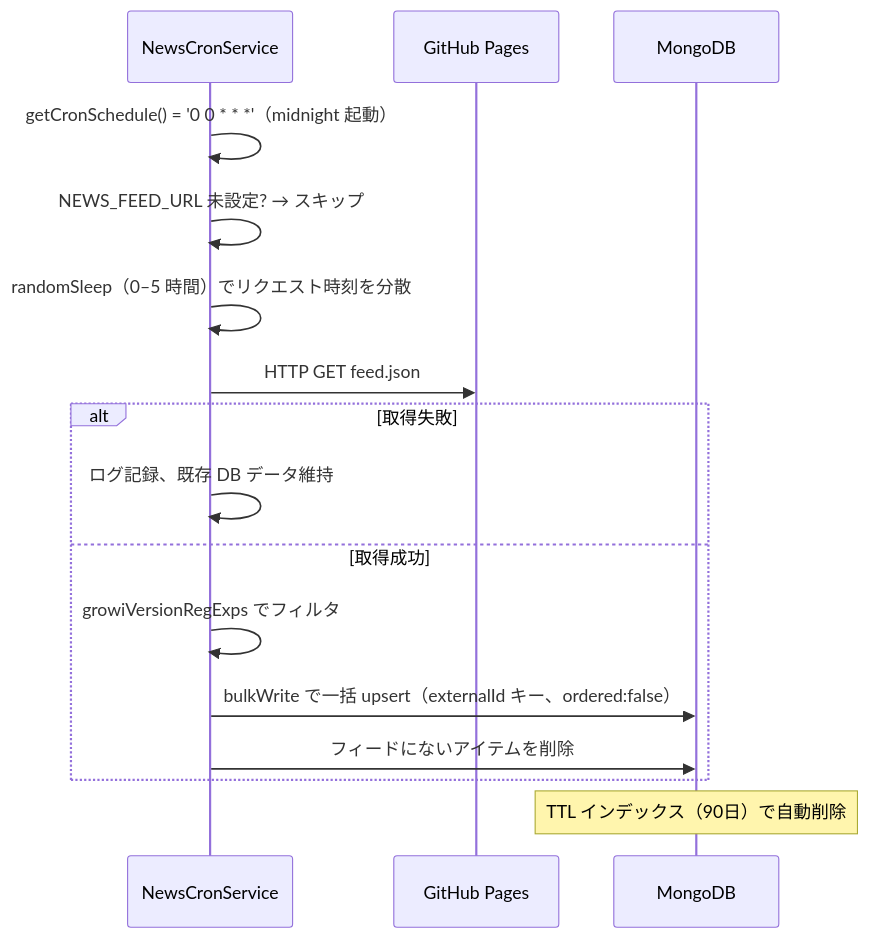
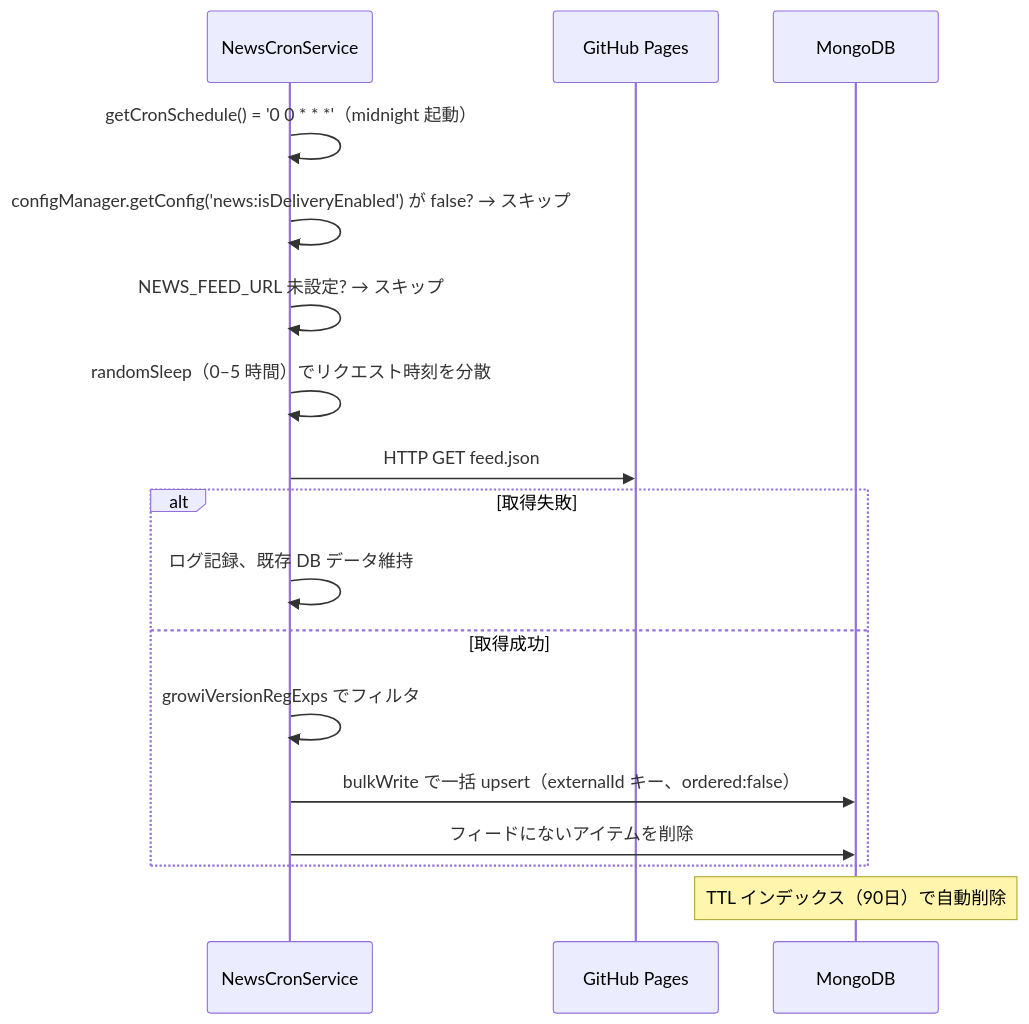
The second of 5 diagrams in .kiro/specs/news-inappnotification/design.md (growilabs/growi), drawn with Mermaid before and after one commit. The commit also changed other lines of this file and 1 other file, not shown here.

First line of the commit message:
docs(spec): add admin UI opt-out flag to news-inappnotification spec

````diff
--- a/.kiro/specs/news-inappnotification/design.md
+++ b/.kiro/specs/news-inappnotification/design.md
@@ -90,19 +90,20 @@
 ```mermaid
 sequenceDiagram
   participant Cron as NewsCronService
   participant Feed as GitHub Pages
   participant DB as MongoDB
 
   Cron->>Cron: getCronSchedule() = '0 0 * * *'（midnight 起動）
+  Cron->>Cron: configManager.getConfig('news:isDeliveryEnabled') が false? → スキップ
   Cron->>Cron: NEWS_FEED_URL 未設定? → スキップ
   Cron->>Cron: randomSleep（0–5 時間）でリクエスト時刻を分散
   Cron->>Feed: HTTP GET feed.json
   alt 取得失敗
     Cron->>Cron: ログ記録、既存 DB データ維持
   else 取得成功
     Cron->>Cron: growiVersionRegExps でフィルタ
     Cron->>DB: bulkWrite で一括 upsert（externalId キー、ordered:false）
     Cron->>DB: フィードにないアイテムを削除
   end
   Note over DB: TTL インデックス（90日）で自動削除
 ```
````
